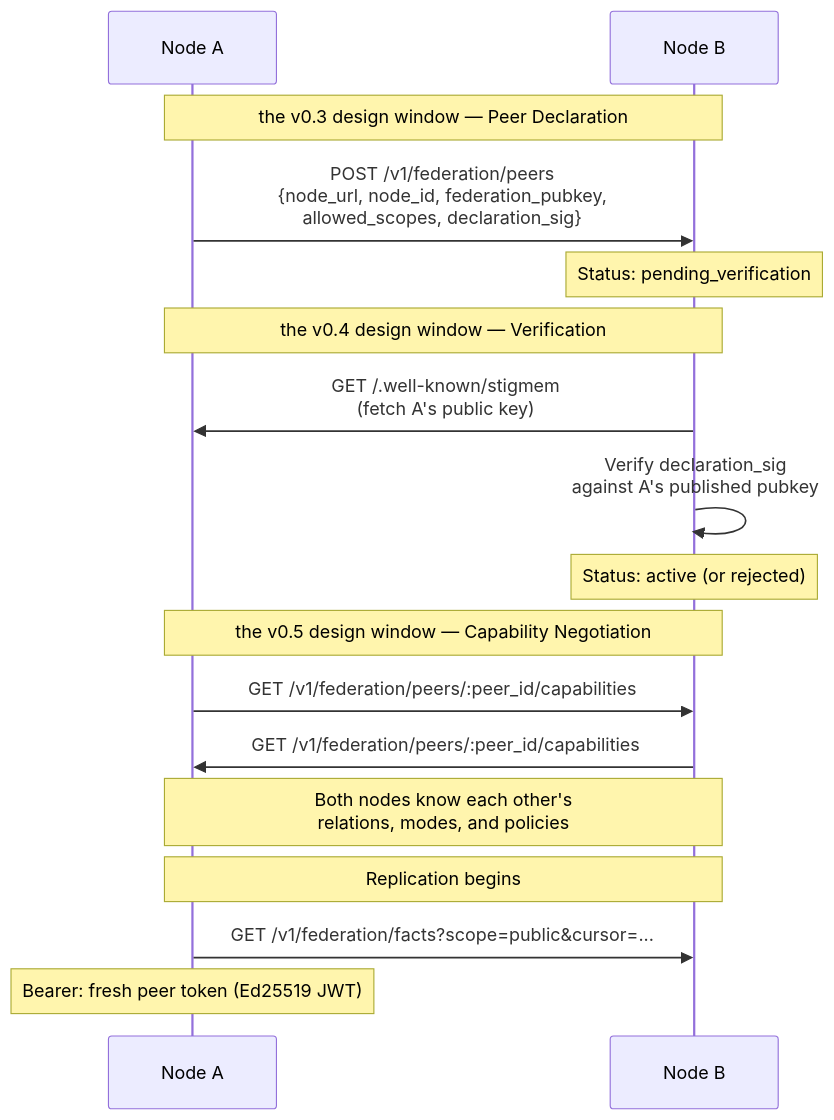
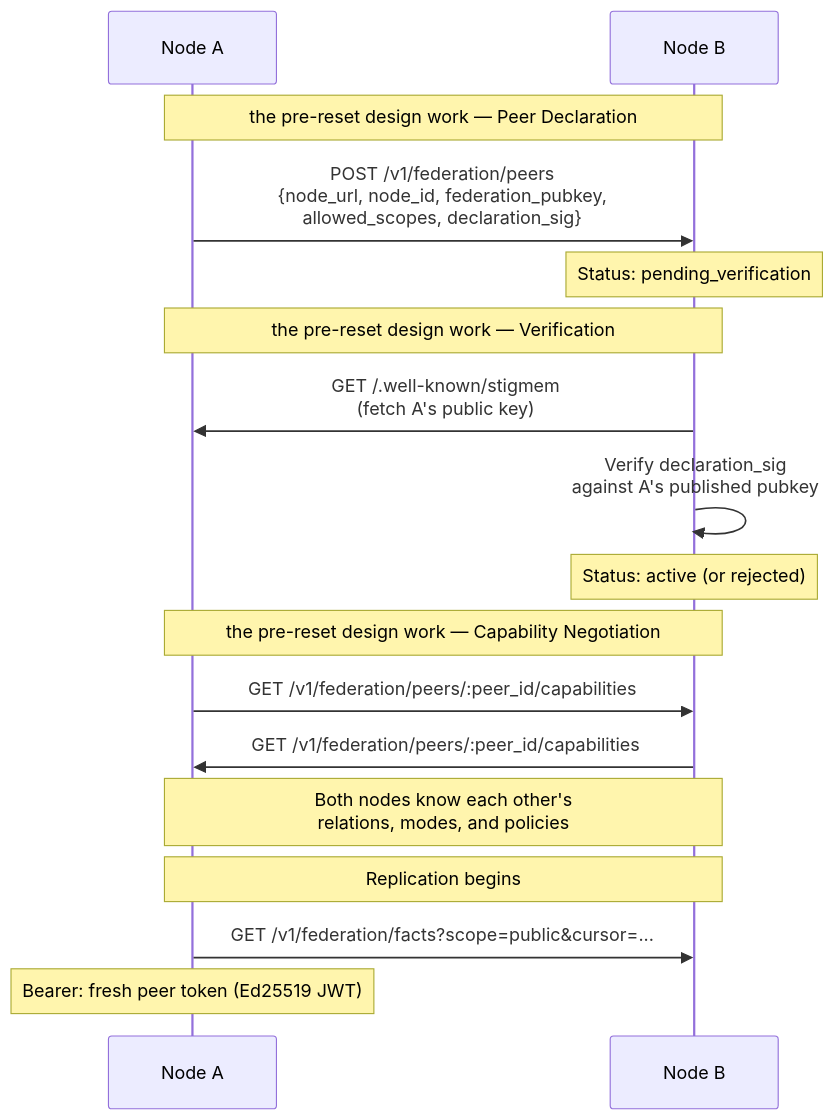
The diagram in docs/docs/concepts/federation/federation-handshake.md (eidetic-labs/stigmem), drawn with Mermaid before and after one commit. The commit also changed other lines of this file and 88 other files, not shown here.

````diff
--- a/docs/docs/concepts/federation/federation-handshake.md
+++ b/docs/docs/concepts/federation/federation-handshake.md
@@ -28,23 +28,23 @@
 ```mermaid
 sequenceDiagram
     participant A as Node A
     participant B as Node B
 
-    Note over A,B: the v0.3 design window — Peer Declaration
+    Note over A,B: the pre-reset design work — Peer Declaration
     A->>B: POST /v1/federation/peers<br/>{node_url, node_id, federation_pubkey,<br/>allowed_scopes, declaration_sig}
     Note over B: Status: pending_verification
 
-    Note over A,B: the v0.4 design window — Verification
+    Note over A,B: the pre-reset design work — Verification
     B->>A: GET /.well-known/stigmem<br/>(fetch A's public key)
     B->>B: Verify declaration_sig<br/>against A's published pubkey
     Note over B: Status: active (or rejected)
 
-    Note over A,B: the v0.5 design window — Capability Negotiation
+    Note over A,B: the pre-reset design work — Capability Negotiation
     A->>B: GET /v1/federation/peers/:peer_id/capabilities
     B->>A: GET /v1/federation/peers/:peer_id/capabilities
     Note over A,B: Both nodes know each other's<br/>relations, modes, and policies
 
     Note over A,B: Replication begins
     A->>B: GET /v1/federation/facts?scope=public&cursor=...
     Note over A: Bearer: fresh peer token (Ed25519 JWT)
 ```
````
